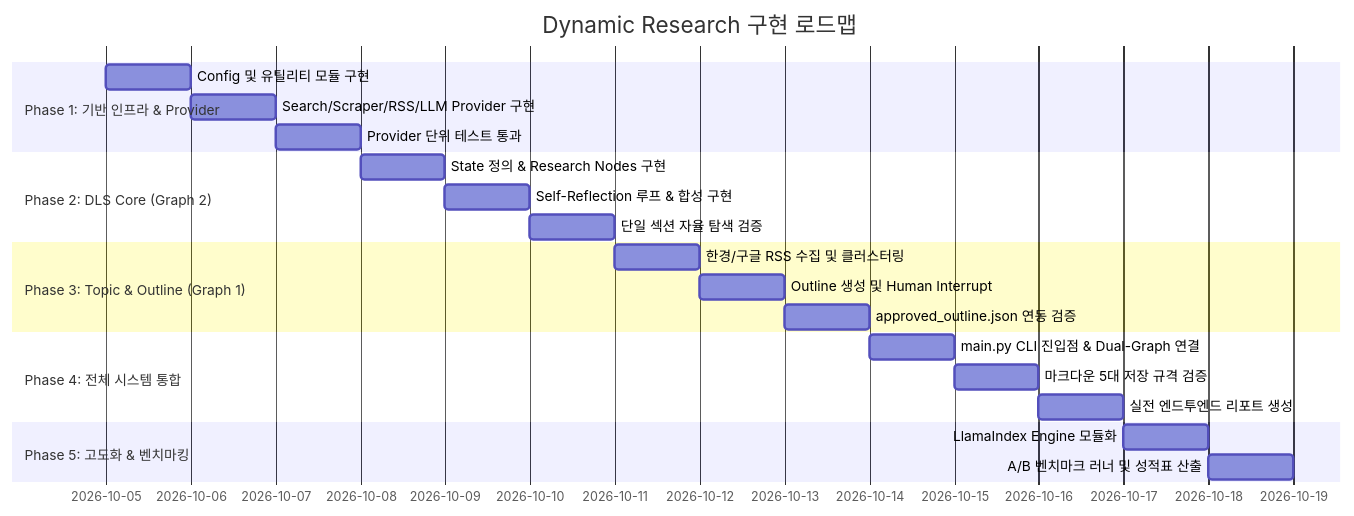
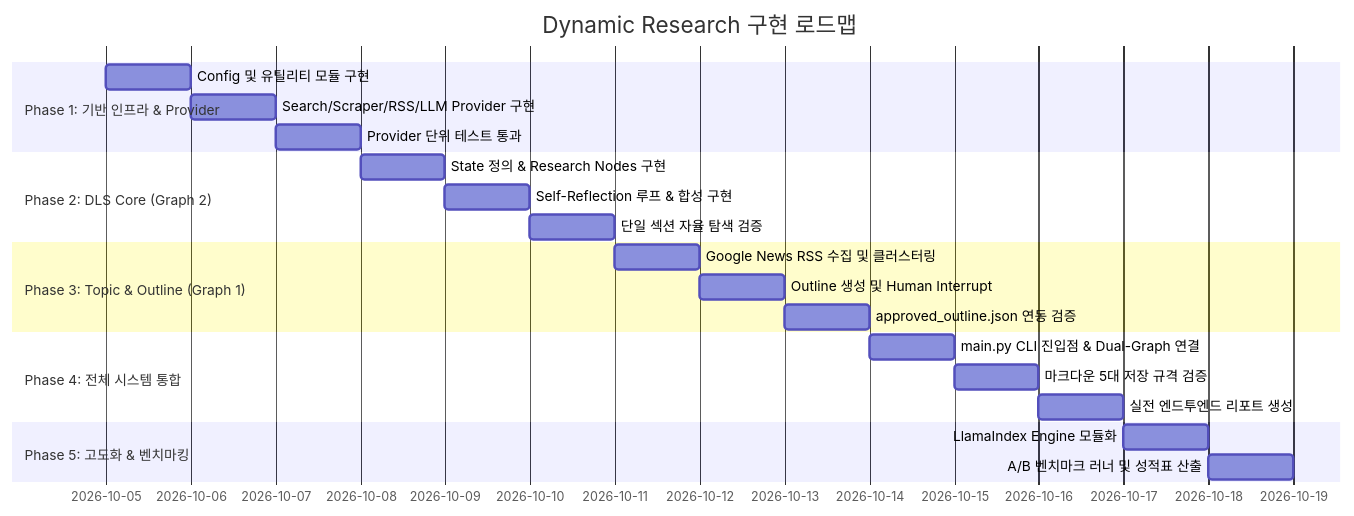
The diagram in docs/implementation_plan_20261004.md (zoofighter/dynamic-research), drawn with Mermaid before and after one commit. The commit also changed other lines of this file and 26 other files, not shown here.

````diff
--- a/docs/implementation_plan_20261004.md
+++ b/docs/implementation_plan_20261004.md
@@ -78,24 +78,24 @@
 ```mermaid
 gantt
     title Dynamic Research 구현 로드맵
     dateFormat  YYYY-MM-DD
     section Phase 1: 기반 인프라 & Provider
     Config 및 유틸리티 모듈 구현       :p1_1, 2026-10-05, 1d
     Search/Scraper/RSS/LLM Provider 구현:p1_2, after p1_1, 1d
     Provider 단위 테스트 통과          :p1_3, after p1_2, 1d
     section Phase 2: DLS Core (Graph 2)
     State 정의 & Research Nodes 구현  :p2_1, after p1_3, 1d
     Self-Reflection 루프 & 합성 구현   :p2_2, after p2_1, 1d
     단일 섹션 자율 탐색 검증           :p2_3, after p2_2, 1d
     section Phase 3: Topic & Outline (Graph 1)
-    한경/구글 RSS 수집 및 클러스터링  :p3_1, after p2_3, 1d
+    Google News RSS 수집 및 클러스터링 :p3_1, after p2_3, 1d
     Outline 생성 및 Human Interrupt   :p3_2, after p3_1, 1d
     approved_outline.json 연동 검증   :p3_3, after p3_2, 1d
     section Phase 4: 전체 시스템 통합
     main.py CLI 진입점 & Dual-Graph 연결:p4_1, after p3_3, 1d
     마크다운 5대 저장 규격 검증        :p4_2, after p4_1, 1d
     실전 엔드투엔드 리포트 생성        :p4_3, after p4_2, 1d
     section Phase 5: 고도화 & 벤치마킹
     LlamaIndex Engine 모듈화          :p5_1, after p4_3, 1d
     A/B 벤치마크 러너 및 성적표 산출   :p5_2, after p5_1, 1d
 ```
````
